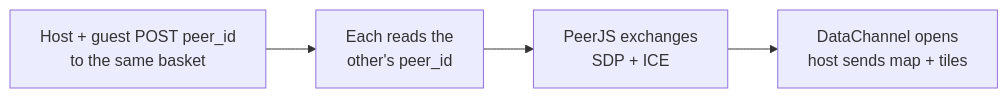
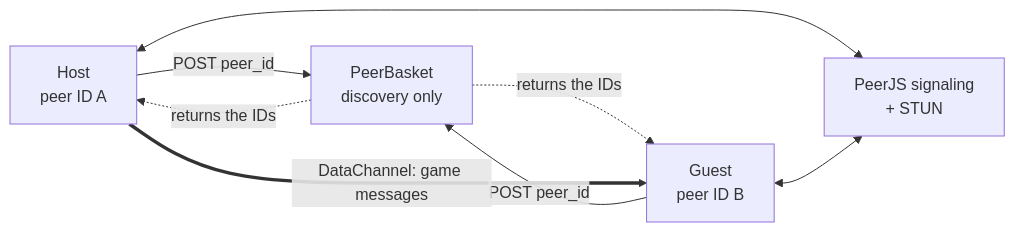
Before and after one commit to Bittu5134/bittu5134.github.io: the diagram in blogs/geoshuffle-and-peerbasket-p2p-multiplayer.md, drawn with Mermaid. The commit also changed other lines of this file, not shown here.

First line of the commit message:
feat(blog): swap the post gif and expand the PeerBasket walkthrough

````diff
--- a/blogs/geoshuffle-and-peerbasket-p2p-multiplayer.md
+++ b/blogs/geoshuffle-and-peerbasket-p2p-multiplayer.md
@@ -119,6 +140,10 @@
 ```mermaid
 flowchart LR
-    A["Host + guest POST peer_id<br/>to the same basket"] --> B["Each reads the<br/>other's peer_id"]
-    B --> C["PeerJS exchanges<br/>SDP + ICE"]
-    C --> D["DataChannel opens<br/>host sends map + tiles"]
+    H["Host<br/>peer ID A"] -- "POST peer_id" --> PB["PeerBasket<br/>discovery only"]
+    G["Guest<br/>peer ID B"] -- "POST peer_id" --> PB
+    PB -. "returns the IDs" .-> H
+    PB -. "returns the IDs" .-> G
+    H <--> SIG["PeerJS signaling<br/>+ STUN"]
+    G <--> SIG
+    H == "DataChannel: game messages" ==> G
 ```
````
